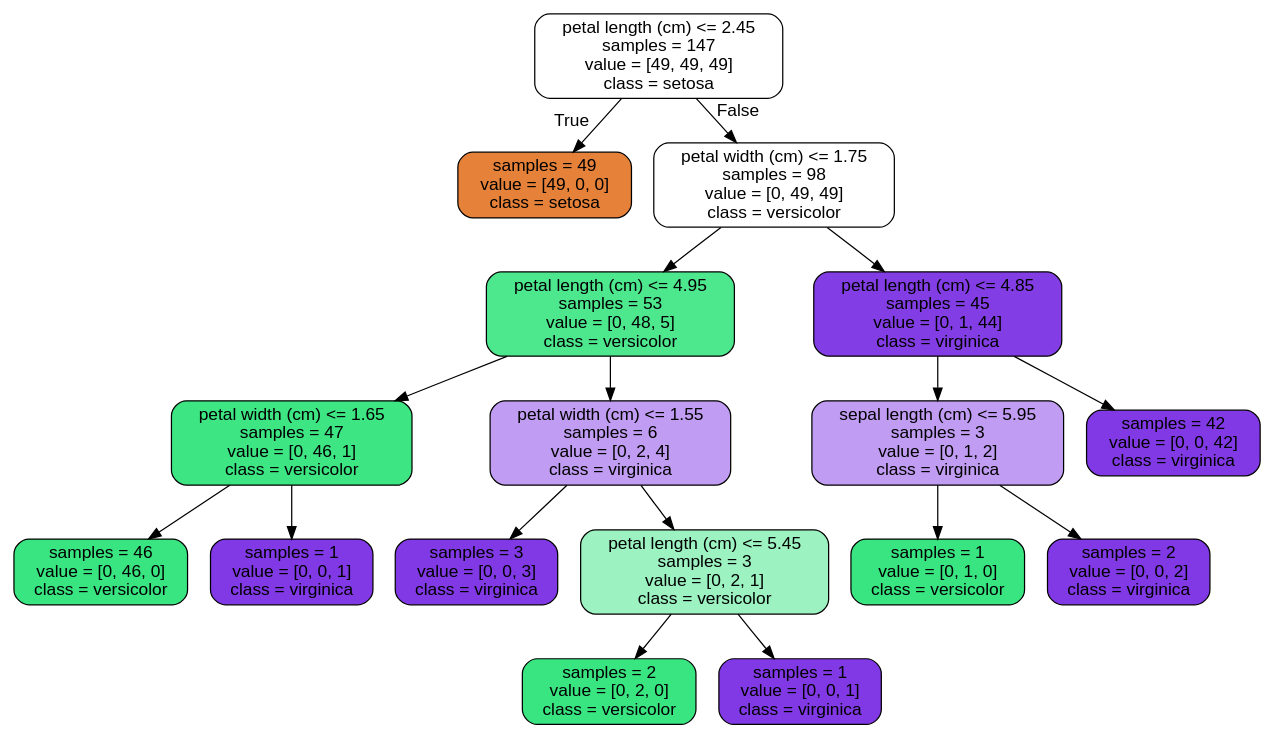
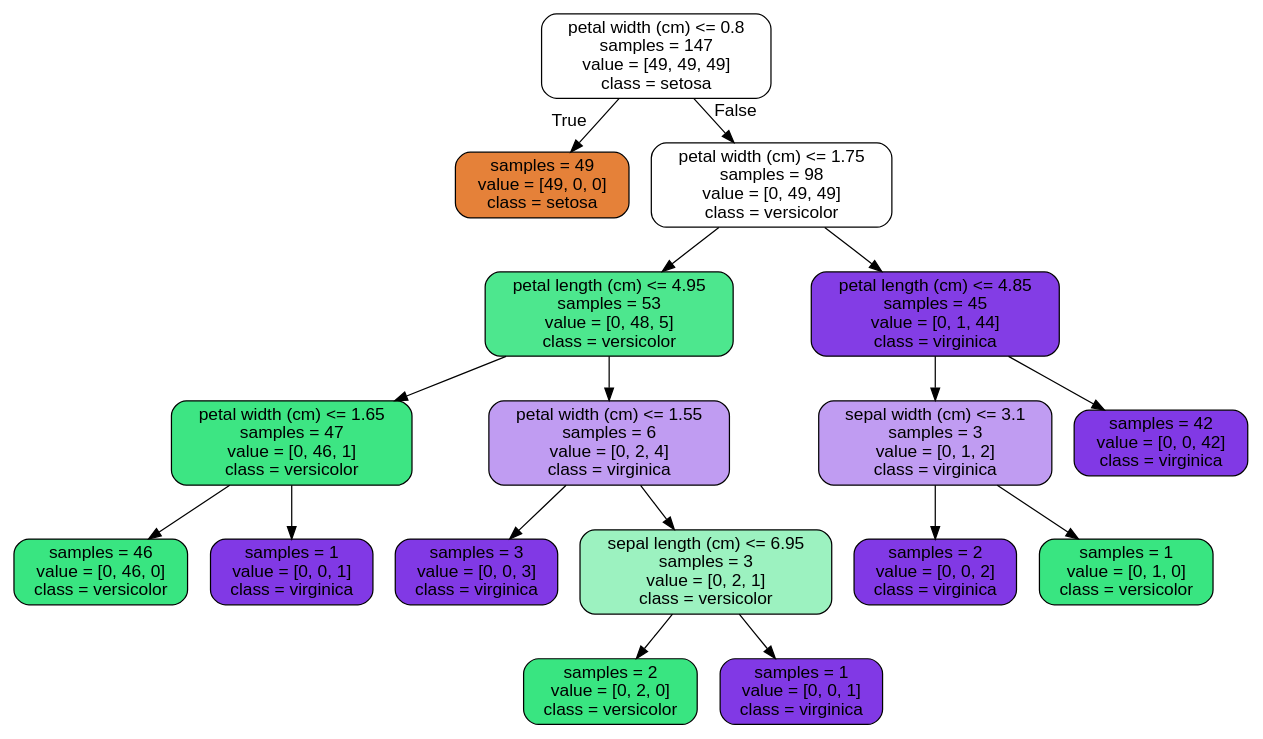
Before and after one commit to TextyML/Tutorial: the diagram in DecisionTree/Iris/decisiontree.dot, drawn with Graphviz. The commit also changed 9 other files, not shown here.

```diff
--- a/DecisionTree/Iris/decisiontree.dot
+++ b/DecisionTree/Iris/decisiontree.dot
@@ -1,37 +1,37 @@
 digraph Tree {
 node [shape=box, style="filled, rounded", color="black", fontname=helvetica] ;
 edge [fontname=helvetica] ;
-0 [label="petal length (cm) <= 2.45\nsamples = 147\nvalue = [49, 49, 49]\nclass = setosa", fillcolor="#e5813900"] ;
+0 [label="petal width (cm) <= 0.8\nsamples = 147\nvalue = [49, 49, 49]\nclass = setosa", fillcolor="#e5813900"] ;
 1 [label="samples = 49\nvalue = [49, 0, 0]\nclass = setosa", fillcolor="#e58139ff"] ;
 0 -> 1 [labeldistance=2.5, labelangle=45, headlabel="True"] ;
 2 [label="petal width (cm) <= 1.75\nsamples = 98\nvalue = [0, 49, 49]\nclass = versicolor", fillcolor="#39e58100"] ;
 0 -> 2 [labeldistance=2.5, labelangle=-45, headlabel="False"] ;
 3 [label="petal length (cm) <= 4.95\nsamples = 53\nvalue = [0, 48, 5]\nclass = versicolor", fillcolor="#39e581e4"] ;
 2 -> 3 ;
 4 [label="petal width (cm) <= 1.65\nsamples = 47\nvalue = [0, 46, 1]\nclass = versicolor", fillcolor="#39e581f9"] ;
 3 -> 4 ;
 5 [label="samples = 46\nvalue = [0, 46, 0]\nclass = versicolor", fillcolor="#39e581ff"] ;
 4 -> 5 ;
 6 [label="samples = 1\nvalue = [0, 0, 1]\nclass = virginica", fillcolor="#8139e5ff"] ;
 4 -> 6 ;
 7 [label="petal width (cm) <= 1.55\nsamples = 6\nvalue = [0, 2, 4]\nclass = virginica", fillcolor="#8139e57f"] ;
 3 -> 7 ;
 8 [label="samples = 3\nvalue = [0, 0, 3]\nclass = virginica", fillcolor="#8139e5ff"] ;
 7 -> 8 ;
-9 [label="petal length (cm) <= 5.45\nsamples = 3\nvalue = [0, 2, 1]\nclass = versicolor", fillcolor="#39e5817f"] ;
+9 [label="sepal length (cm) <= 6.95\nsamples = 3\nvalue = [0, 2, 1]\nclass = versicolor", fillcolor="#39e5817f"] ;
 7 -> 9 ;
 10 [label="samples = 2\nvalue = [0, 2, 0]\nclass = versicolor", fillcolor="#39e581ff"] ;
 9 -> 10 ;
 11 [label="samples = 1\nvalue = [0, 0, 1]\nclass = virginica", fillcolor="#8139e5ff"] ;
 9 -> 11 ;
 12 [label="petal length (cm) <= 4.85\nsamples = 45\nvalue = [0, 1, 44]\nclass = virginica", fillcolor="#8139e5f9"] ;
 2 -> 12 ;
-13 [label="sepal length (cm) <= 5.95\nsamples = 3\nvalue = [0, 1, 2]\nclass = virginica", fillcolor="#8139e57f"] ;
+13 [label="sepal width (cm) <= 3.1\nsamples = 3\nvalue = [0, 1, 2]\nclass = virginica", fillcolor="#8139e57f"] ;
 12 -> 13 ;
-14 [label="samples = 1\nvalue = [0, 1, 0]\nclass = versicolor", fillcolor="#39e581ff"] ;
+14 [label="samples = 2\nvalue = [0, 0, 2]\nclass = virginica", fillcolor="#8139e5ff"] ;
 13 -> 14 ;
-15 [label="samples = 2\nvalue = [0, 0, 2]\nclass = virginica", fillcolor="#8139e5ff"] ;
+15 [label="samples = 1\nvalue = [0, 1, 0]\nclass = versicolor", fillcolor="#39e581ff"] ;
 13 -> 15 ;
 16 [label="samples = 42\nvalue = [0, 0, 42]\nclass = virginica", fillcolor="#8139e5ff"] ;
 12 -> 16 ;
 }
```
